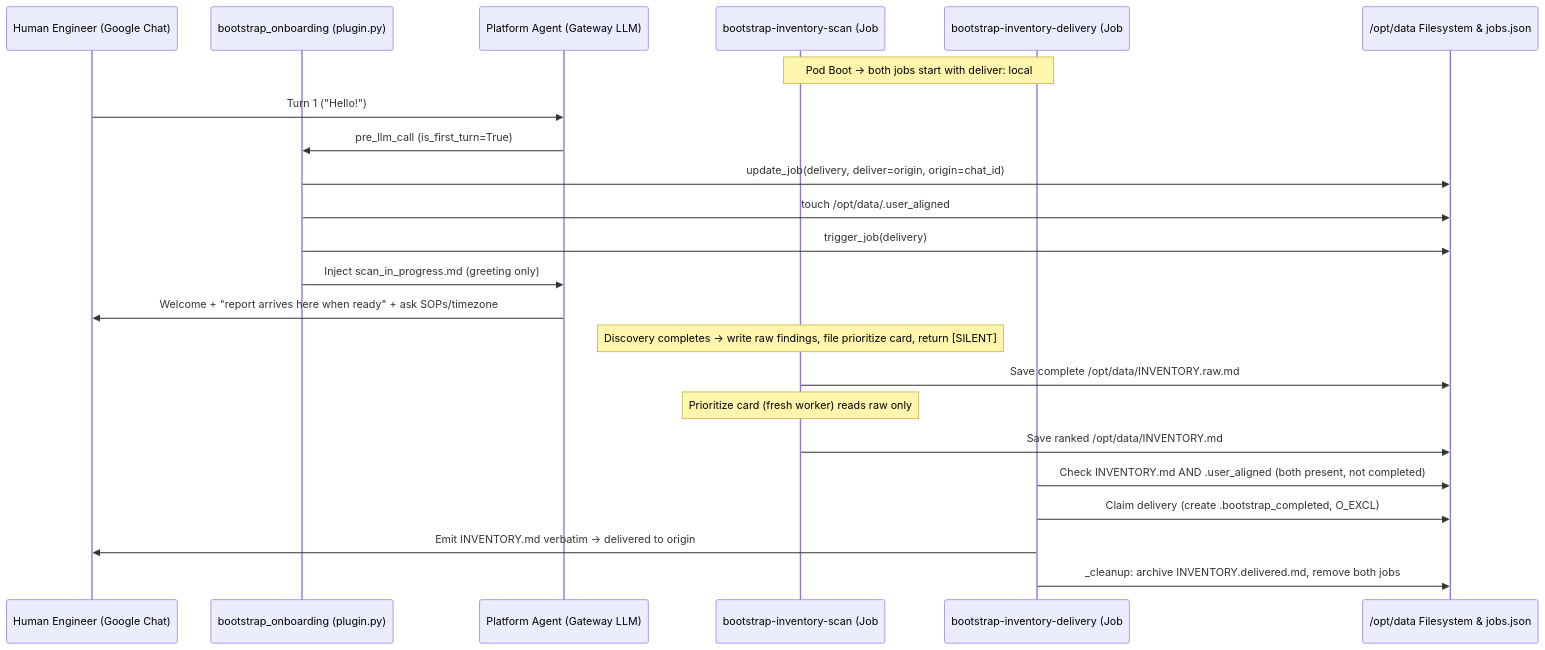
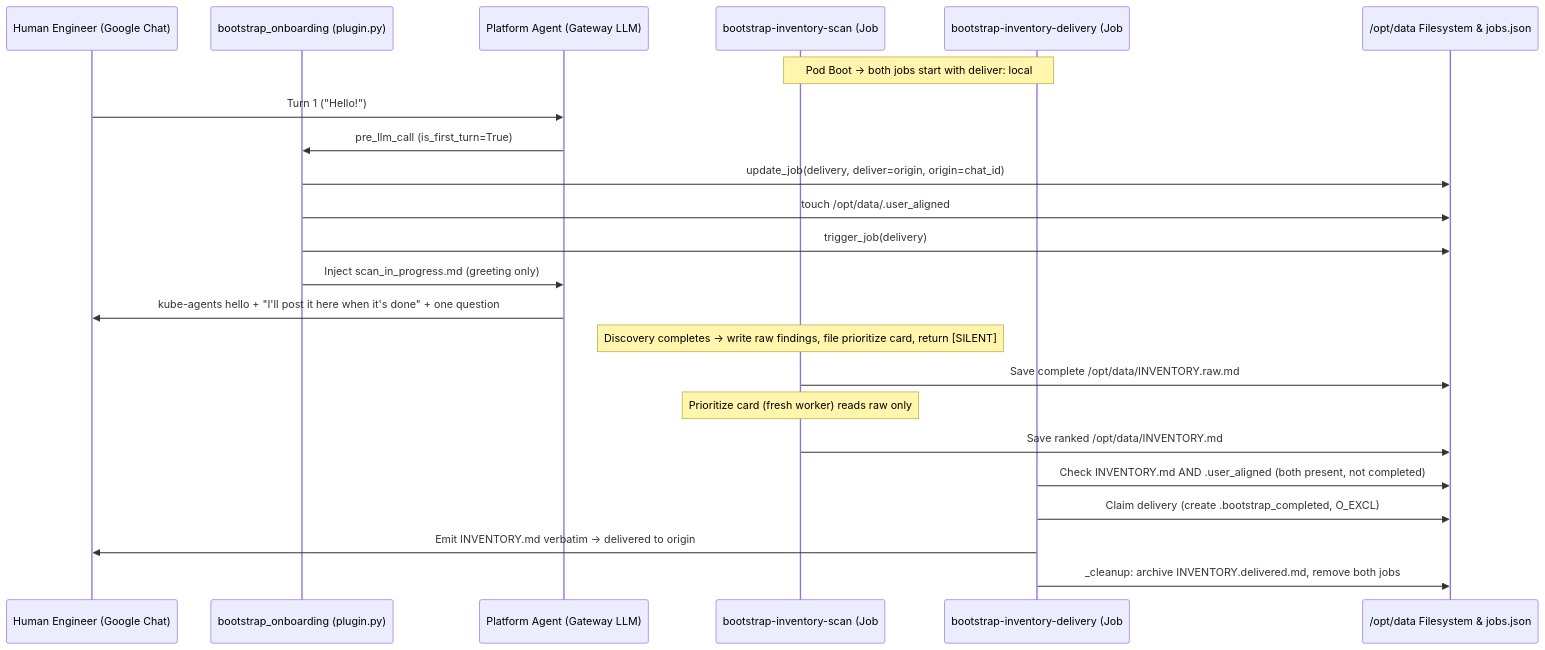
Before and after one commit to Fuxiao-Gao/kube-agents: the second of 3 diagrams in agents/chat/defaults/plugins/bootstrap_onboarding/README.md, drawn with Mermaid. The commit also changed other lines of this file and 15 other files, not shown here.

Commit message:
feat(chat): shorten the first-install greeting to one question (#2168)

````diff
--- a/agents/chat/defaults/plugins/bootstrap_onboarding/README.md
+++ b/agents/chat/defaults/plugins/bootstrap_onboarding/README.md
@@ -114,26 +115,26 @@
 ```mermaid
 sequenceDiagram
     participant User as Human Engineer (Google Chat)
     participant Hook as bootstrap_onboarding (plugin.py)
     participant Agent as Platform Agent (Gateway LLM)
     participant Scan as bootstrap-inventory-scan (Job #1, LLM)
     participant Deliver as bootstrap-inventory-delivery (Job #2, no_agent script)
     participant Disk as /opt/data Filesystem & jobs.json
 
     Note over Scan,Deliver: Pod Boot -> both jobs start with deliver: local
     User->>Agent: Turn 1 ("Hello!")
     Agent->>Hook: pre_llm_call (is_first_turn=True)
     Hook->>Disk: update_job(delivery, deliver=origin, origin=chat_id)
     Hook->>Disk: touch /opt/data/.user_aligned
     Hook->>Disk: trigger_job(delivery)
     Hook->>Agent: Inject scan_in_progress.md (greeting only)
-    Agent->>User: Welcome + "report arrives here when ready" + ask SOPs/timezone
+    Agent->>User: kube-agents hello + "I'll post it here when it's done" + one question
     Note over Scan: Discovery completes -> write raw findings, file prioritize card, return [SILENT]
     Scan->>Disk: Save complete /opt/data/INVENTORY.raw.md
     Note over Scan: Prioritize card (fresh worker) reads raw only
     Scan->>Disk: Save ranked /opt/data/INVENTORY.md
     Deliver->>Disk: Check INVENTORY.md AND .user_aligned (both present, not completed)
     Deliver->>Disk: Claim delivery (create .bootstrap_completed, O_EXCL)
     Deliver->>User: Emit INVENTORY.md verbatim -> delivered to origin
     Deliver->>Disk: _cleanup: archive INVENTORY.delivered.md, remove both jobs
 ```
````
